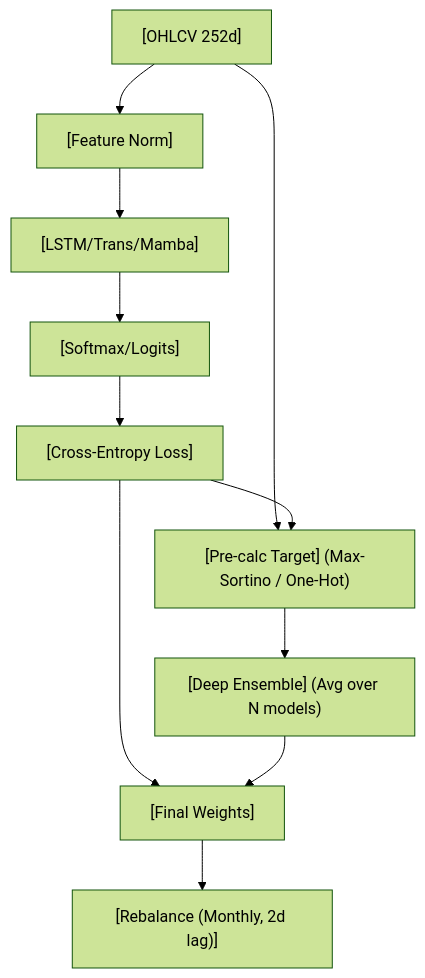
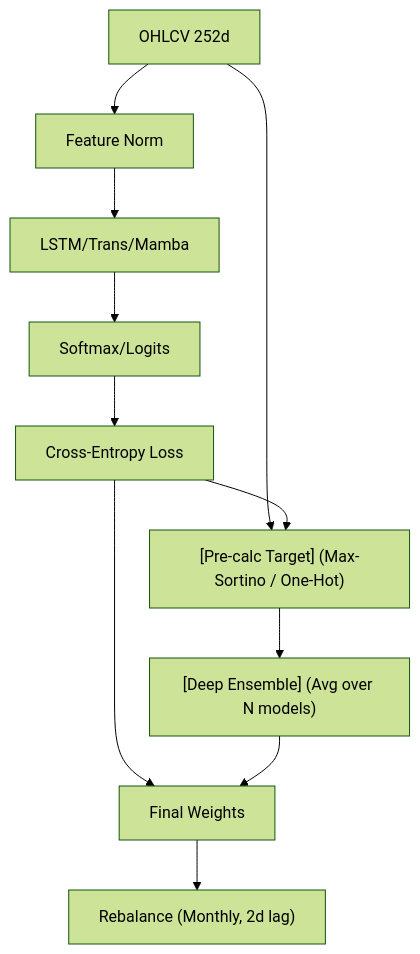
One commit to sou350121/Trading-Handbook changed the diagram in foundations/portfolio-optimization/sdfl.md. Above: the diagram before and after it, drawn with Mermaid (forest theme). The commit also changed 191 other files, not shown here.

First line of the commit message:
render: fix math + mermaid for GitHub across the corpus (188 pages)

````diff
--- a/foundations/portfolio-optimization/sdfl.md
+++ b/foundations/portfolio-optimization/sdfl.md
@@ -33,13 +33,13 @@
 ```mermaid
 flowchart TD
-    A["[OHLCV 252d]"] --> B["[Feature Norm]"]
-    B --> C["[LSTM/Trans/Mamba]"]
-    C --> D["[Softmax/Logits]"]
+    A["OHLCV 252d"] --> B["Feature Norm"]
+    B --> C["LSTM/Trans/Mamba"]
+    C --> D["Softmax/Logits"]
     A --> E["[Pre-calc Target] (Max-Sortino / One-Hot)"]
-    D --> F["[Cross-Entropy Loss]"]
+    D --> F["Cross-Entropy Loss"]
     F --> E
     E --> G["[Deep Ensemble] (Avg over N models)"]
-    F --> H["[Final Weights]"]
+    F --> H["Final Weights"]
     G --> H
-    H --> I["[Rebalance (Monthly, 2d lag)]"]
+    H --> I["Rebalance (Monthly, 2d lag)"]
 ```
````
